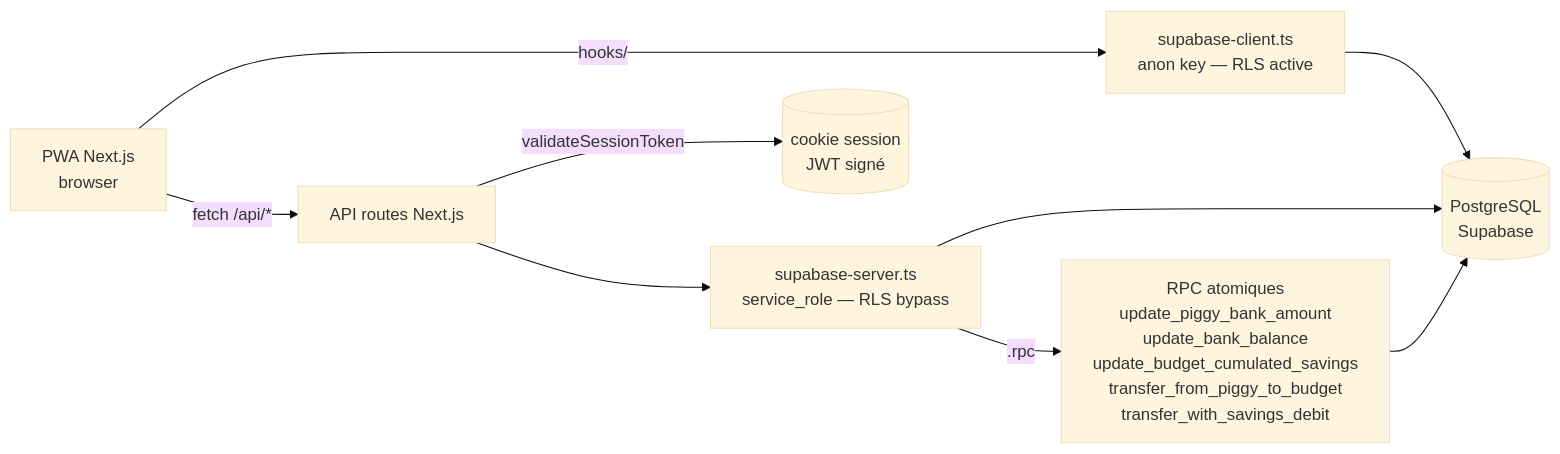
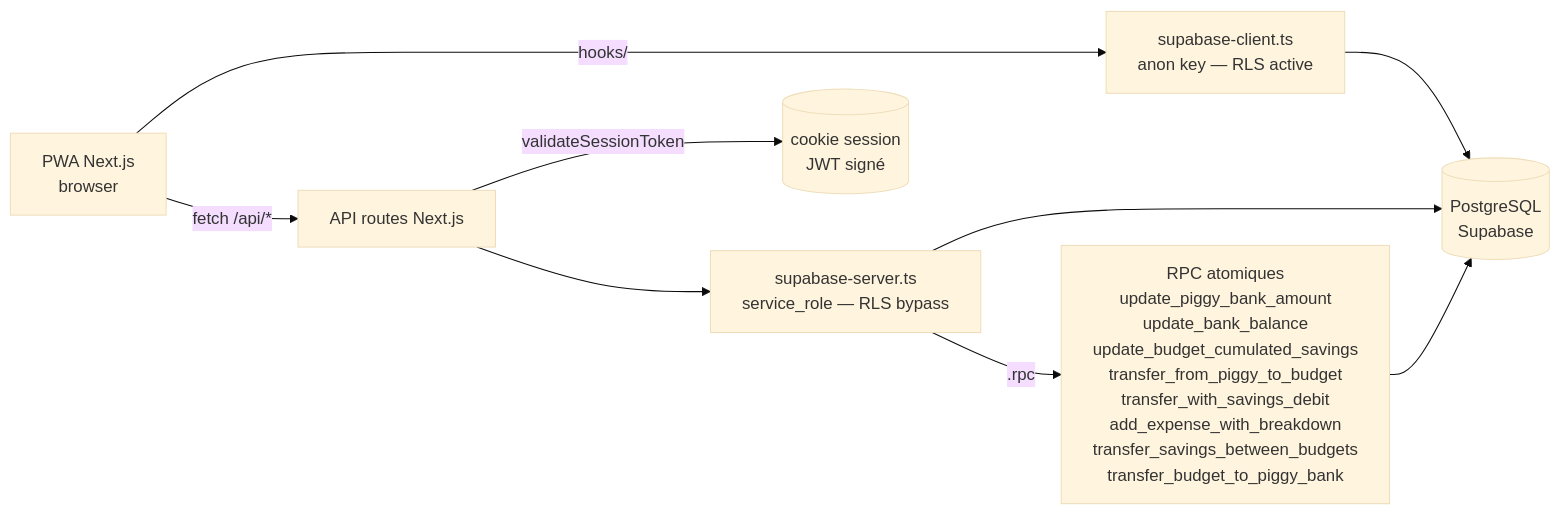
The first of 2 diagrams in README.md (PothieuG/popoth), drawn with Mermaid (base theme) before and after one commit. The commit also changed other lines of this file and 2 other files, not shown here.

````diff
--- a/README.md
+++ b/README.md
@@ -249,19 +249,19 @@
 ```mermaid
 flowchart LR
     Browser[PWA Next.js<br/>browser]
     Server[API routes Next.js]
     JWT[(cookie session<br/>JWT signé)]
     AnonClient[supabase-client.ts<br/>anon key — RLS active]
     ServerClient[supabase-server.ts<br/>service_role — RLS bypass]
-    RPC[RPC atomiques<br/>update_piggy_bank_amount<br/>update_bank_balance<br/>update_budget_cumulated_savings<br/>transfer_from_piggy_to_budget<br/>transfer_with_savings_debit]
+    RPC[RPC atomiques<br/>update_piggy_bank_amount<br/>update_bank_balance<br/>update_budget_cumulated_savings<br/>transfer_from_piggy_to_budget<br/>transfer_with_savings_debit<br/>add_expense_with_breakdown<br/>transfer_savings_between_budgets<br/>transfer_budget_to_piggy_bank]
     DB[(PostgreSQL<br/>Supabase)]
 
     Browser -->|hooks/| AnonClient
     Browser -->|fetch /api/*| Server
     Server -->|validateSessionToken| JWT
     Server --> ServerClient
     AnonClient --> DB
     ServerClient --> DB
     ServerClient -->|.rpc| RPC
     RPC --> DB
 ```
````
